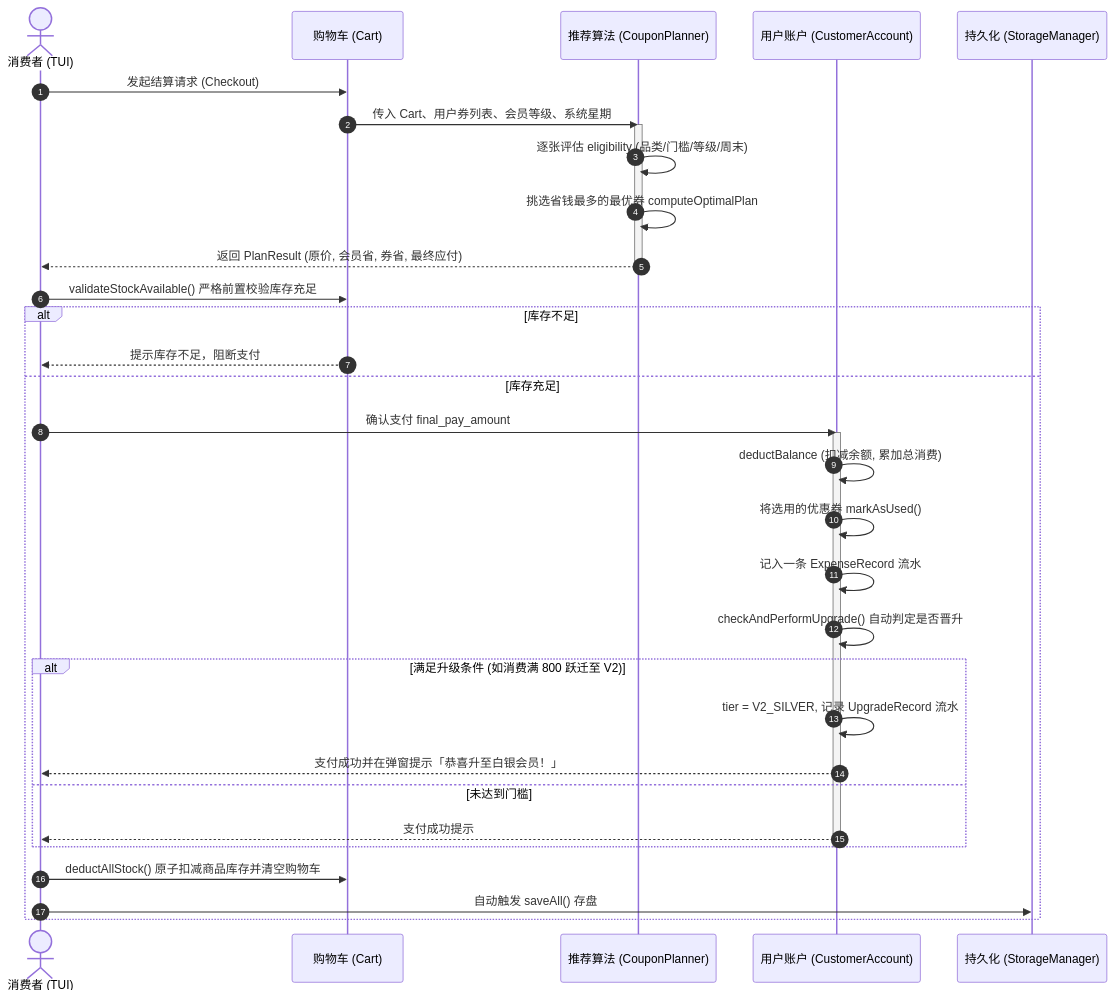
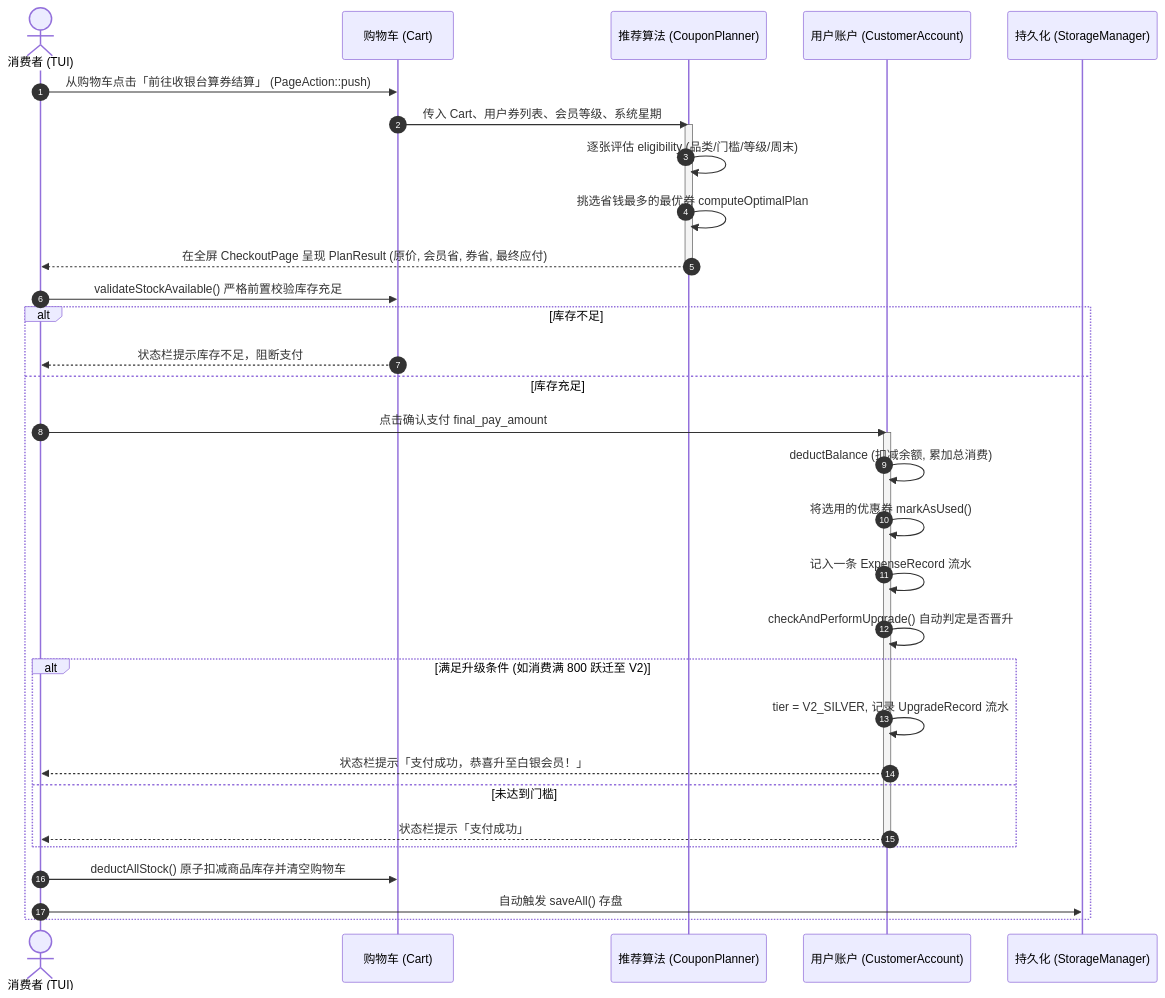
The second of 2 diagrams in DESIGN.md (olxxx/vip-coupon-system), drawn with Mermaid before and after one commit. The commit also changed other lines of this file and 3 other files, not shown here.

````diff
--- a/DESIGN.md
+++ b/DESIGN.md
@@ -1510,39 +1588,39 @@
 ```mermaid
 sequenceDiagram
     autonumber
     actor Customer as 消费者 (TUI)
     participant Cart as 购物车 (Cart)
     participant Planner as 推荐算法 (CouponPlanner)
     participant CustAcc as 用户账户 (CustomerAccount)
     participant Persist as 持久化 (StorageManager)
 
-    Customer->>Cart: 发起结算请求 (Checkout)
+    Customer->>Cart: 从购物车点击「前往收银台算券结算」 (PageAction::push)
     Cart->>Planner: 传入 Cart、用户券列表、会员等级、系统星期
     activate Planner
     Planner->>Planner: 逐张评估 eligibility (品类/门槛/等级/周末)
     Planner->>Planner: 挑选省钱最多的最优券 computeOptimalPlan
-    Planner-->>Customer: 返回 PlanResult (原价, 会员省, 券省, 最终应付)
+    Planner-->>Customer: 在全屏 CheckoutPage 呈现 PlanResult (原价, 会员省, 券省, 最终应付)
     deactivate Planner
 
     Customer->>Cart: validateStockAvailable() 严格前置校验库存充足
     alt 库存不足
-        Cart-->>Customer: 提示库存不足，阻断支付
+        Cart-->>Customer: 状态栏提示库存不足，阻断支付
     else 库存充足
-        Customer->>CustAcc: 确认支付 final_pay_amount
+        Customer->>CustAcc: 点击确认支付 final_pay_amount
         activate CustAcc
         CustAcc->>CustAcc: deductBalance (扣减余额, 累加总消费)
         CustAcc->>CustAcc: 将选用的优惠券 markAsUsed()
         CustAcc->>CustAcc: 记入一条 ExpenseRecord 流水
         CustAcc->>CustAcc: checkAndPerformUpgrade() 自动判定是否晋升
         alt 满足升级条件 (如消费满 800 跃迁至 V2)
             CustAcc->>CustAcc: tier = V2_SILVER, 记录 UpgradeRecord 流水
-            CustAcc-->>Customer: 支付成功并在弹窗提示「恭喜升至白银会员！」
+            CustAcc-->>Customer: 状态栏提示「支付成功，恭喜升至白银会员！」
         else 未达到门槛
-            CustAcc-->>Customer: 支付成功提示
+            CustAcc-->>Customer: 状态栏提示「支付成功」
         end
         deactivate CustAcc
 
         Customer->>Cart: deductAllStock() 原子扣减商品库存并清空购物车
         Customer->>Persist: 自动触发 saveAll() 存盘
     end
 ```
````
